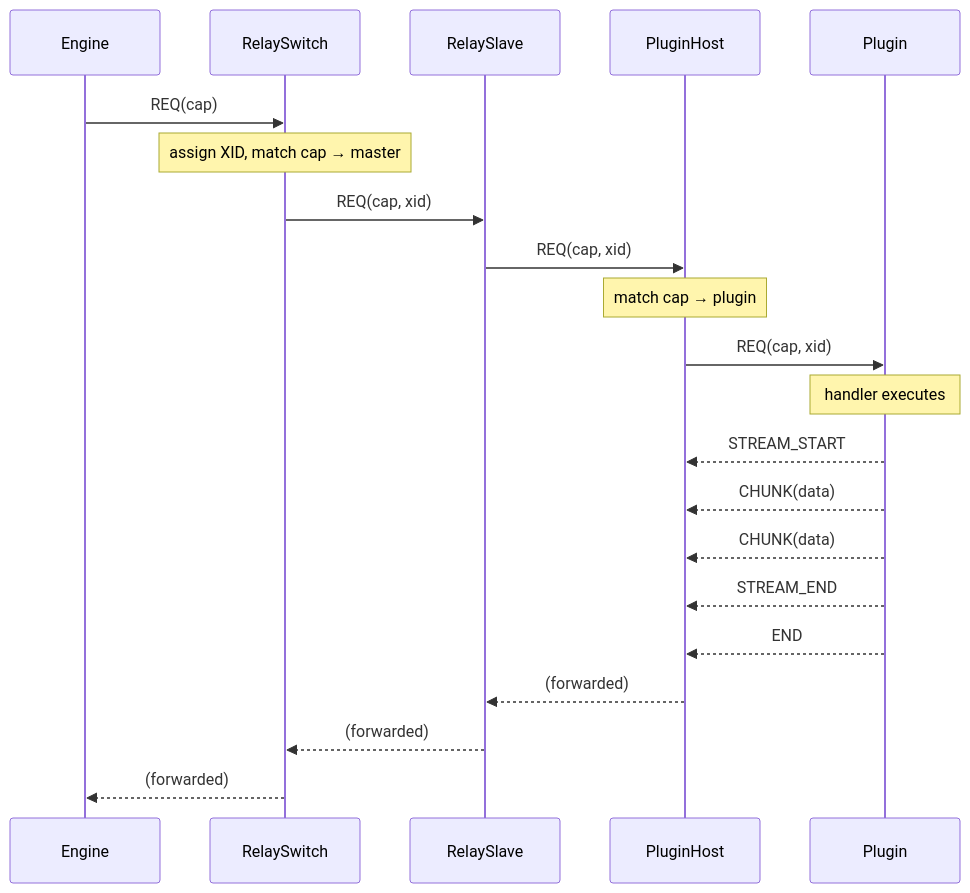
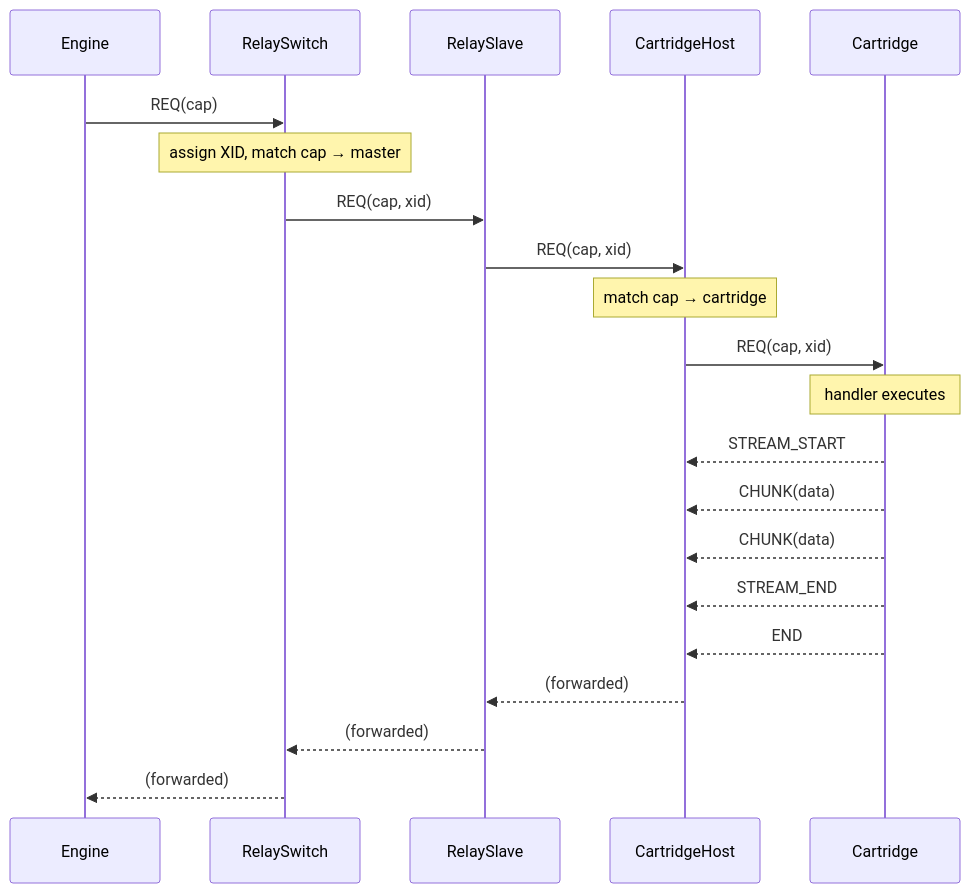
One commit to machinefabric/capns changed the second of 4 diagrams in docs/12.1-ARCHITECTURE.md. Above: the diagram before and after it, drawn with Mermaid. The commit also changed other lines of this file and 53 other files, not shown here.

````diff
--- a/docs/12.1-ARCHITECTURE.md
+++ b/docs/12.1-ARCHITECTURE.md
@@ -120,26 +120,26 @@
 ```mermaid
 sequenceDiagram
     participant E as Engine
     participant SW as RelaySwitch
     participant RS as RelaySlave
-    participant PH as PluginHost
-    participant P as Plugin
+    participant PH as CartridgeHost
+    participant P as Cartridge
 
     E->>SW: REQ(cap)
     Note over SW: assign XID, match cap → master
     SW->>RS: REQ(cap, xid)
     RS->>PH: REQ(cap, xid)
-    Note over PH: match cap → plugin
+    Note over PH: match cap → cartridge
     PH->>P: REQ(cap, xid)
 
     Note over P: handler executes
 
     P-->>PH: STREAM_START
     P-->>PH: CHUNK(data)
     P-->>PH: CHUNK(data)
     P-->>PH: STREAM_END
     P-->>PH: END
     PH-->>RS: (forwarded)
     RS-->>SW: (forwarded)
     SW-->>E: (forwarded)
 ```
````
